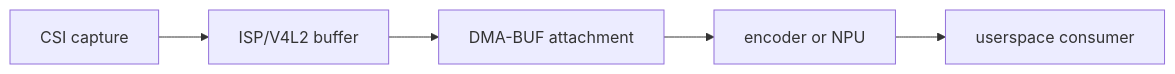
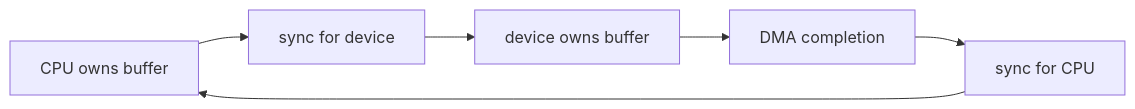
The tenth of 17 diagrams in docs/articles/bsp/bsp-26-dma-cache-coherency.md (cdragon-ljl/EEandEdgeAI), drawn with Mermaid before and after one commit. The commit also changed other lines of this file and 25 other files, not shown here.

````diff
--- a/docs/articles/bsp/bsp-26-dma-cache-coherency.md
+++ b/docs/articles/bsp/bsp-26-dma-cache-coherency.md
@@ -74,7 +457,8 @@
 ```mermaid
 flowchart LR
-    A[CSI capture] --> B[ISP/V4L2 buffer]
-    B --> C[DMA-BUF attachment]
-    C --> D[encoder or NPU]
-    D --> E[userspace consumer]
+    A[CPU owns buffer] --> B[sync for device]
+    B --> C[device owns buffer]
+    C --> D[DMA completion]
+    D --> E[sync for CPU]
+    E --> A
 ```
````
